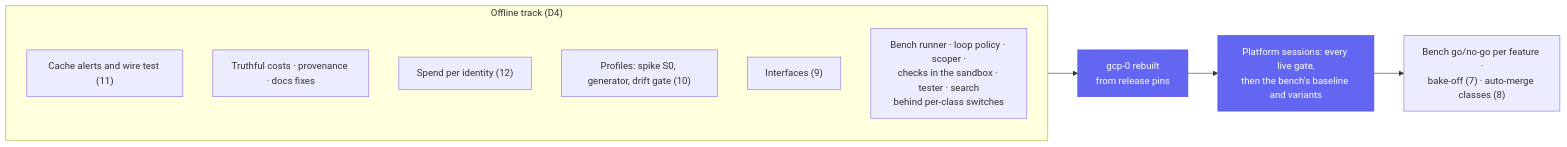
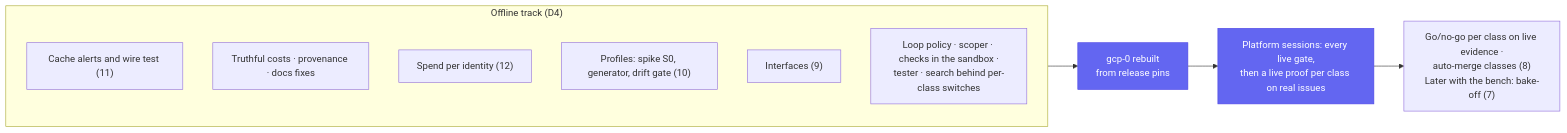
One commit to Smana/ai-native-ref changed the second of 2 diagrams in docs/superpowers/specs/2026-10-19-v3-roadmap-design.md. Above: the diagram before and after it, drawn with Mermaid. The commit also changed other lines of this file and 1 other file, not shown here.

Commit message:
docs(v3): the bench and the bake-off deferred until a sponsor, five designs linked from the roadmap

````diff
--- a/docs/superpowers/specs/2026-10-19-v3-roadmap-design.md
+++ b/docs/superpowers/specs/2026-10-19-v3-roadmap-design.md
@@ -103,17 +104,17 @@
 ```mermaid
 flowchart LR
   subgraph off["Offline track (D4)"]
     direction TB
     o1["Cache alerts and wire test (11)"]
     o2["Truthful costs · provenance · docs fixes"]
     o3["Spend per identity (12)"]
     o4["Profiles: spike S0, generator, drift gate (10)"]
     o5["Interfaces (9)"]
-    o6["Bench runner · loop policy · scoper ·<br/>checks in the sandbox · tester · search<br/>behind per-class switches"]
+    o6["Loop policy · scoper · checks in the sandbox ·<br/>tester · search behind per-class switches"]
   end
   off --> gcp["gcp-0 rebuilt<br/>from release pins"]
-  gcp --> live["Platform sessions: every live gate,<br/>then the bench's baseline and variants"]
-  live --> gated["Bench go/no-go per feature ·<br/>bake-off (7) · auto-merge classes (8)"]
+  gcp --> live["Platform sessions: every live gate,<br/>then a live proof per class on real issues"]
+  live --> gated["Go/no-go per class on live evidence ·<br/>auto-merge classes (8)<br/>Later with the bench: bake-off (7)"]
   classDef base fill:#6366f1,stroke:#4f46e5,color:#fff
   class gcp,live base
 ```
````
